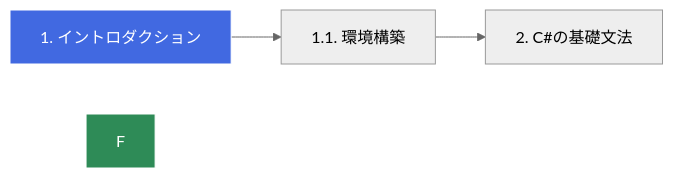
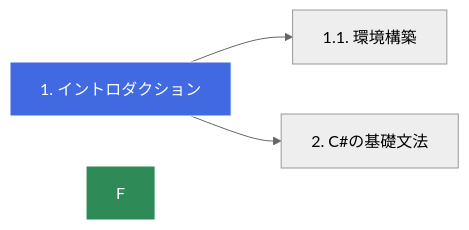
The diagram in README.md (nenaaki/csharp_zoro_to_hero), drawn with Mermaid (neutral theme) before and after one commit. The commit also changed other lines of this file, not shown here.

````diff
--- a/README.md
+++ b/README.md
@@ -16,7 +16,7 @@
 ```mermaid
 flowchart LR
   A[1. イントロダクション] --> B[1.1. 環境構築]
-  B --> C[2. C#の基礎文法]
+  A --> C[2. C#の基礎文法]
   style A fill:#4169e1,stroke:#fff,color:#fff
   style F fill:#2e8b57,stroke:#fff,color:#fff
 ```
````
